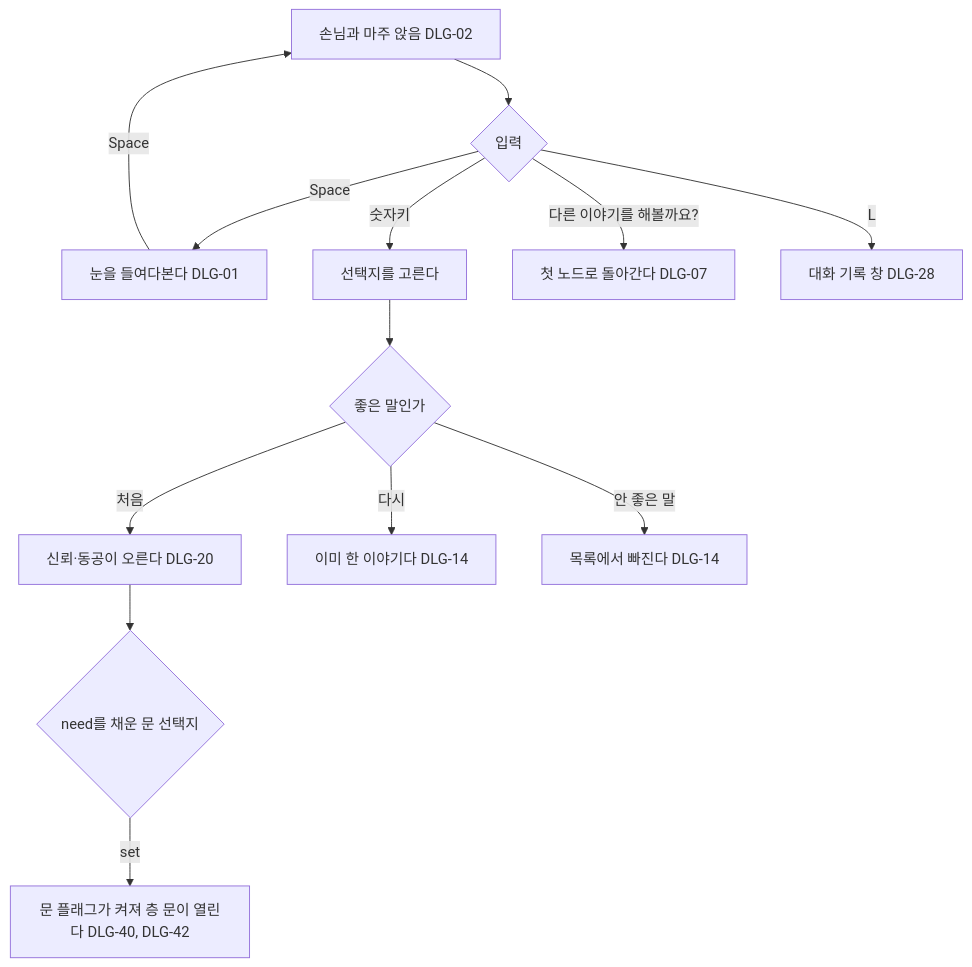
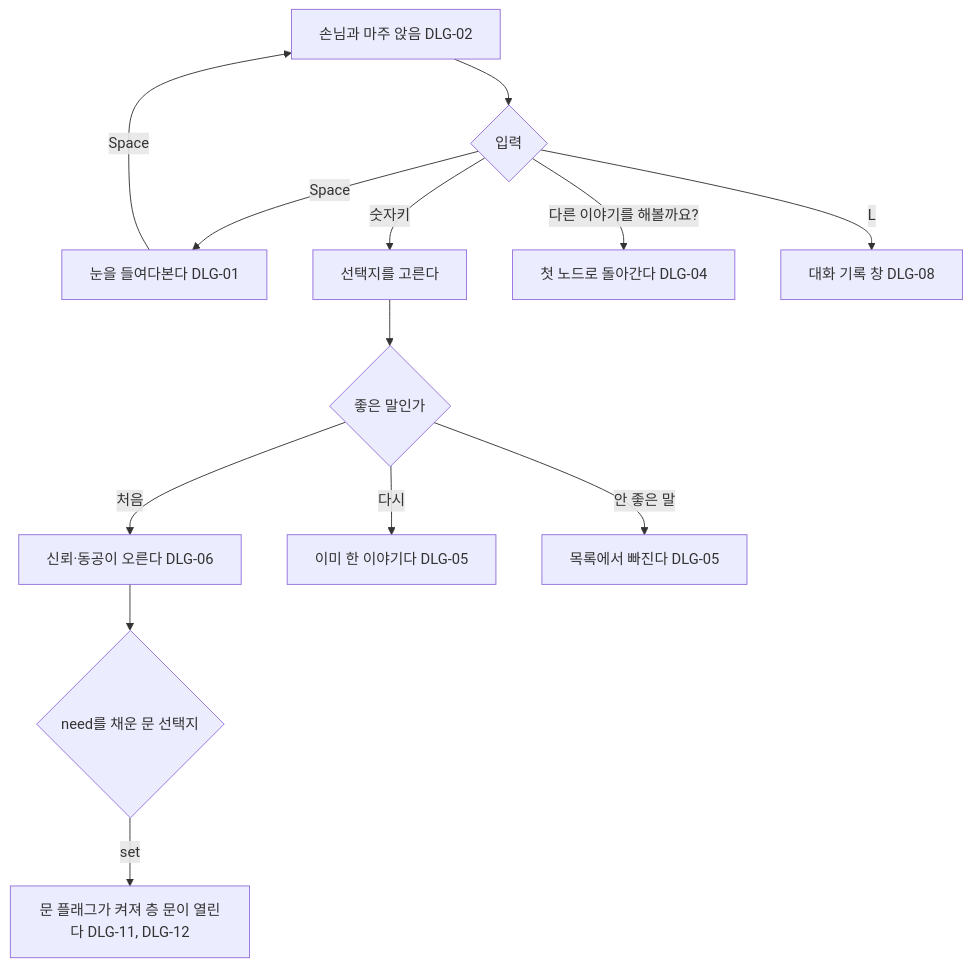
One commit to xpaklove12-lang/Corner1 changed the diagram in docs/specs/dialogue.md. Above: the diagram before and after it, drawn with Mermaid. The commit also changed other lines of this file and 9 other files, not shown here.

````diff
--- a/docs/specs/dialogue.md
+++ b/docs/specs/dialogue.md
@@ -9,15 +9,15 @@
 ```mermaid
 flowchart TD
     A[손님과 마주 앉음 DLG-02] --> B{입력}
     B -->|Space| C[눈을 들여다본다 DLG-01]
     C -->|Space| A
     B -->|숫자키| D[선택지를 고른다]
     D --> E{좋은 말인가}
-    E -->|처음| F[신뢰·동공이 오른다 DLG-20]
-    E -->|다시| G["이미 한 이야기다 DLG-14"]
-    E -->|안 좋은 말| H[목록에서 빠진다 DLG-14]
+    E -->|처음| F[신뢰·동공이 오른다 DLG-06]
+    E -->|다시| G["이미 한 이야기다 DLG-05"]
+    E -->|안 좋은 말| H[목록에서 빠진다 DLG-05]
     F --> I{need를 채운 문 선택지}
-    I -->|set| J[문 플래그가 켜져 층 문이 열린다 DLG-40, DLG-42]
-    B -->|"다른 이야기를 해볼까요?"| K[첫 노드로 돌아간다 DLG-07]
-    B -->|L| L[대화 기록 창 DLG-28]
+    I -->|set| J[문 플래그가 켜져 층 문이 열린다 DLG-11, DLG-12]
+    B -->|"다른 이야기를 해볼까요?"| K[첫 노드로 돌아간다 DLG-04]
+    B -->|L| L[대화 기록 창 DLG-08]
 ```
````
